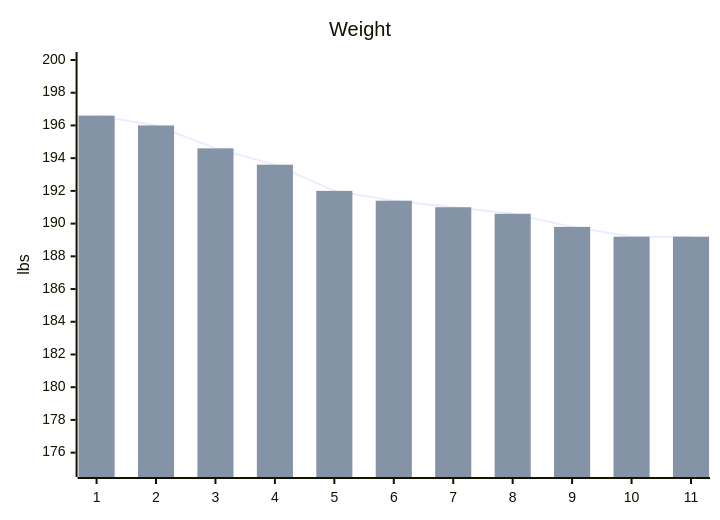
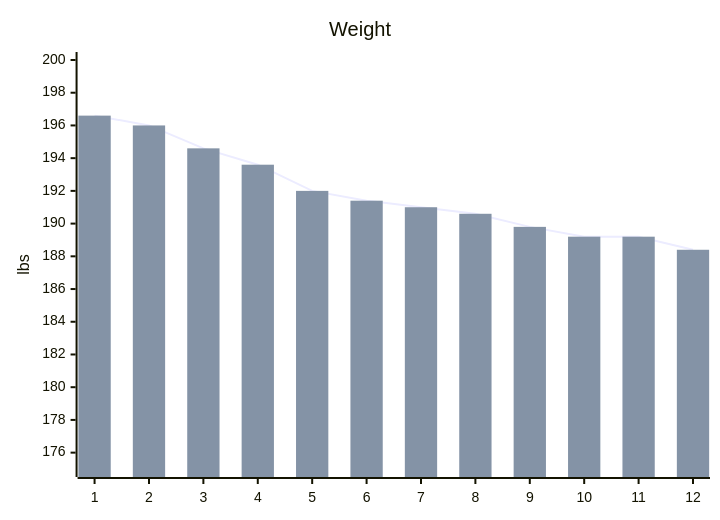
Before and after one commit to stevenelson35/stevenelson35.github.io: the diagram in all_collections/_personal/goals.md, drawn with Mermaid.

```diff
--- a/all_collections/_personal/goals.md
+++ b/all_collections/_personal/goals.md
@@ -11,8 +11,8 @@
 <pre class="mermaid" >
   xychart-beta
     title "Weight" 
-    x-axis [1, 2, 3, 4, 5, 6, 7, 8, 9, 10, 11] 
+    x-axis [1, 2, 3, 4, 5, 6, 7, 8, 9, 10, 11, 12] 
     y-axis "lbs" 175 --> 200
     line [196.6, 196.0, 194.6, 193.6, 192.0, 191.4, 191.0, 190.6, 189.8, 189.2, 189.2, 188.4]
     bar [196.6, 196.0, 194.6, 193.6, 192.0, 191.4, 191.0, 190.6, 189.8, 189.2, 189.2, 188.4]
 </pre>
```
